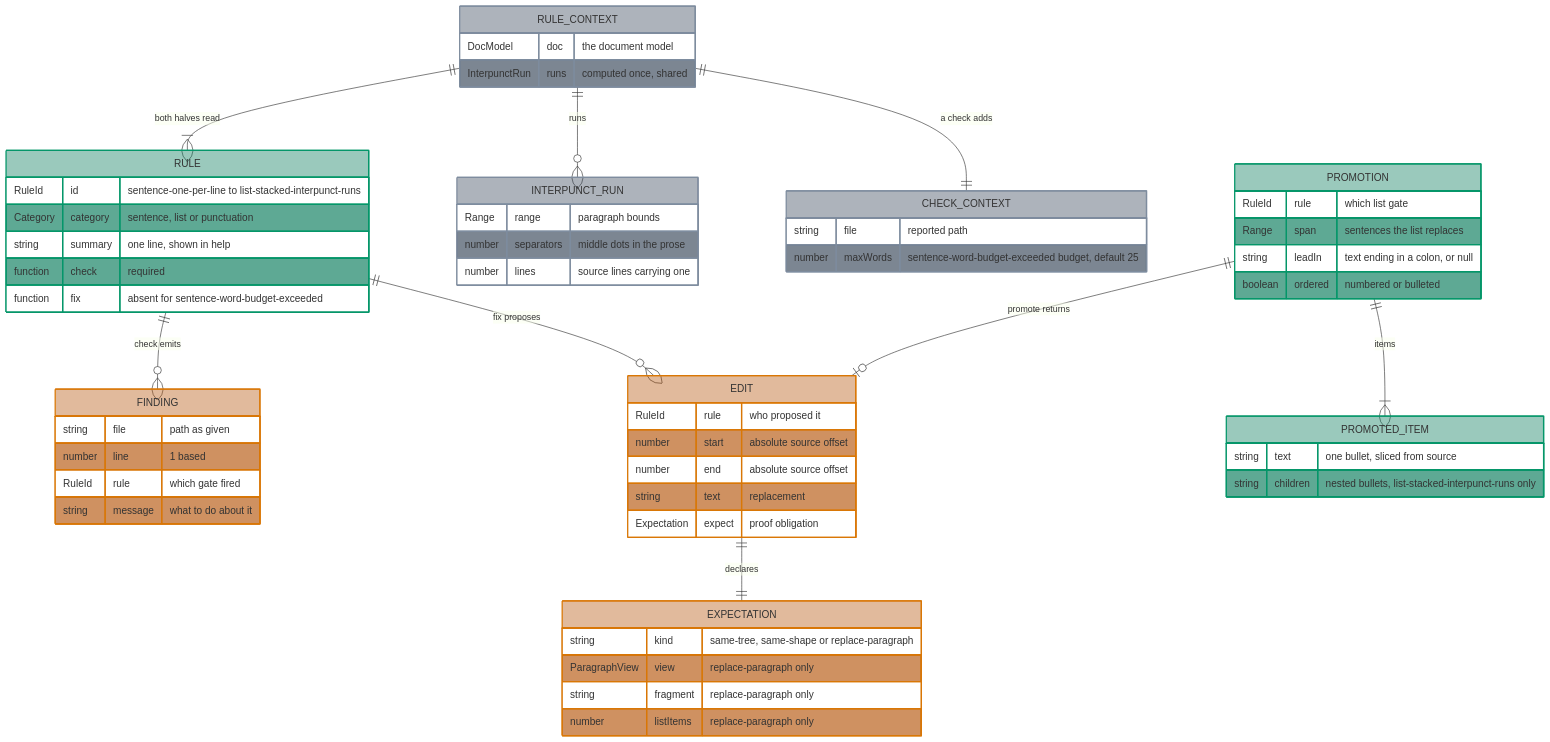
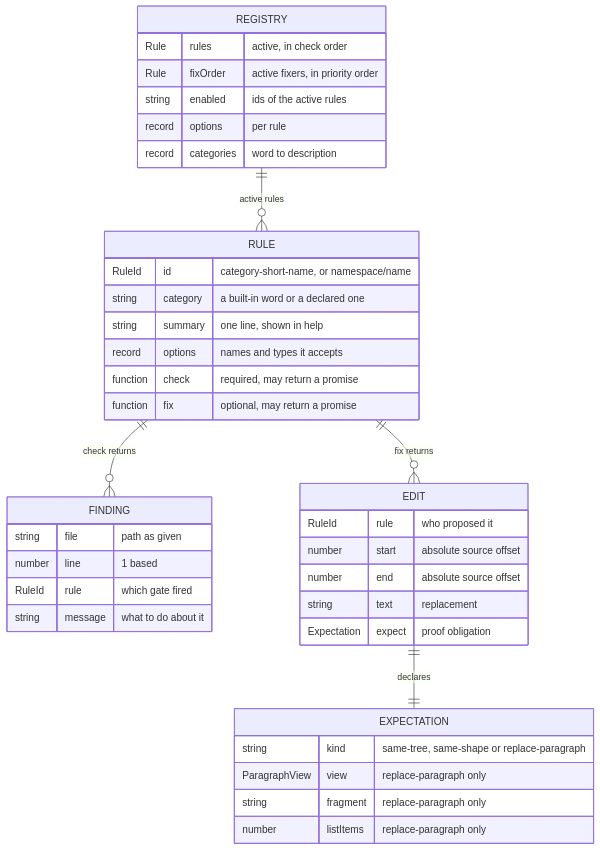
The fifth of 19 diagrams in docs/DATA_MODEL.md (jpeakai/jpai-prose-gates), drawn with Mermaid before and after one commit. The commit also changed other lines of this file, not shown here.

First line of the commit message:
docs: recalibrate the DATA_MODEL diagrams for portable rendering, dual density

````diff
--- a/docs/DATA_MODEL.md
+++ b/docs/DATA_MODEL.md
@@ -122,72 +160,42 @@
 ```mermaid
 erDiagram
-    RULE ||--o{ FINDING : "check emits"
-    RULE ||--o{ EDIT : "fix proposes"
-    RULE_CONTEXT ||--|{ RULE : "both halves read"
-    RULE_CONTEXT ||--o{ INTERPUNCT_RUN : "runs"
-    RULE_CONTEXT ||--|| CHECK_CONTEXT : "a check adds"
+    REGISTRY ||--o{ RULE : "active rules"
+    RULE ||--o{ FINDING : "check returns"
+    RULE ||--o{ EDIT : "fix returns"
     EDIT ||--|| EXPECTATION : "declares"
-    PROMOTION ||--|{ PROMOTED_ITEM : "items"
-    PROMOTION ||--o| EDIT : "promote returns"
 
+    REGISTRY {
+        Rule rules "active, in check order"
+        Rule fixOrder "active fixers, in priority order"
+        string enabled "ids of the active rules"
+        record options "per rule"
+        record categories "word to description"
+    }
     RULE {
-        RuleId id "sentence-one-per-line to list-stacked-interpunct-runs"
-        Category category "sentence, list or punctuation"
+        RuleId id "category-short-name, or namespace/name"
+        string category "a built-in word or a declared one"
         string summary "one line, shown in help"
-        function check "required"
-        function fix "absent for sentence-word-budget-exceeded"
-    }
-    RULE_CONTEXT {
-        DocModel doc "the document model"
-        InterpunctRun runs "computed once, shared"
-    }
-    CHECK_CONTEXT {
-        string file "reported path"
-        number maxWords "sentence-word-budget-exceeded budget, default 25"
-    }
-    INTERPUNCT_RUN {
-        Range range "paragraph bounds"
-        number separators "middle dots in the prose"
-        number lines "source lines carrying one"
+        record options "names and types it accepts"
+        function check "required, may return a promise"
+        function fix "optional, may return a promise"
     }
     FINDING {
         string file "path as given"
         number line "1 based"
         RuleId rule "which gate fired"
         string message "what to do about it"
     }
     EDIT {
         RuleId rule "who proposed it"
         number start "absolute source offset"
         number end "absolute source offset"
         string text "replacement"
         Expectation expect "proof obligation"
     }
     EXPECTATION {
         string kind "same-tree, same-shape or replace-paragraph"
         ParagraphView view "replace-paragraph only"
         string fragment "replace-paragraph only"
         number listItems "replace-paragraph only"
     }
-    PROMOTION {
-        RuleId rule "which list gate"
-        Range span "sentences the list replaces"
-        string leadIn "text ending in a colon, or null"
-        boolean ordered "numbered or bulleted"
-    }
-    PROMOTED_ITEM {
-        string text "one bullet, sliced from source"
-        string children "nested bullets, list-stacked-interpunct-runs only"
-    }
-
-    %% Attribute rows alternate, and only the even ones take a classDef fill.
-    %% The odd ones keep the theme background, so the label colour is left to
-    %% the theme and the fill is translucent enough to read under either one.
-    classDef contract fill:#04785766,stroke:#059669,stroke-width:2px
-    classDef output   fill:#b4530966,stroke:#d97706,stroke-width:2px
-    classDef shared   fill:#33415566,stroke:#7e8c9e,stroke-width:2px
-
-    class RULE,PROMOTION,PROMOTED_ITEM contract
-    class FINDING,EDIT,EXPECTATION output
-    class RULE_CONTEXT,CHECK_CONTEXT,INTERPUNCT_RUN shared
 ```
````
